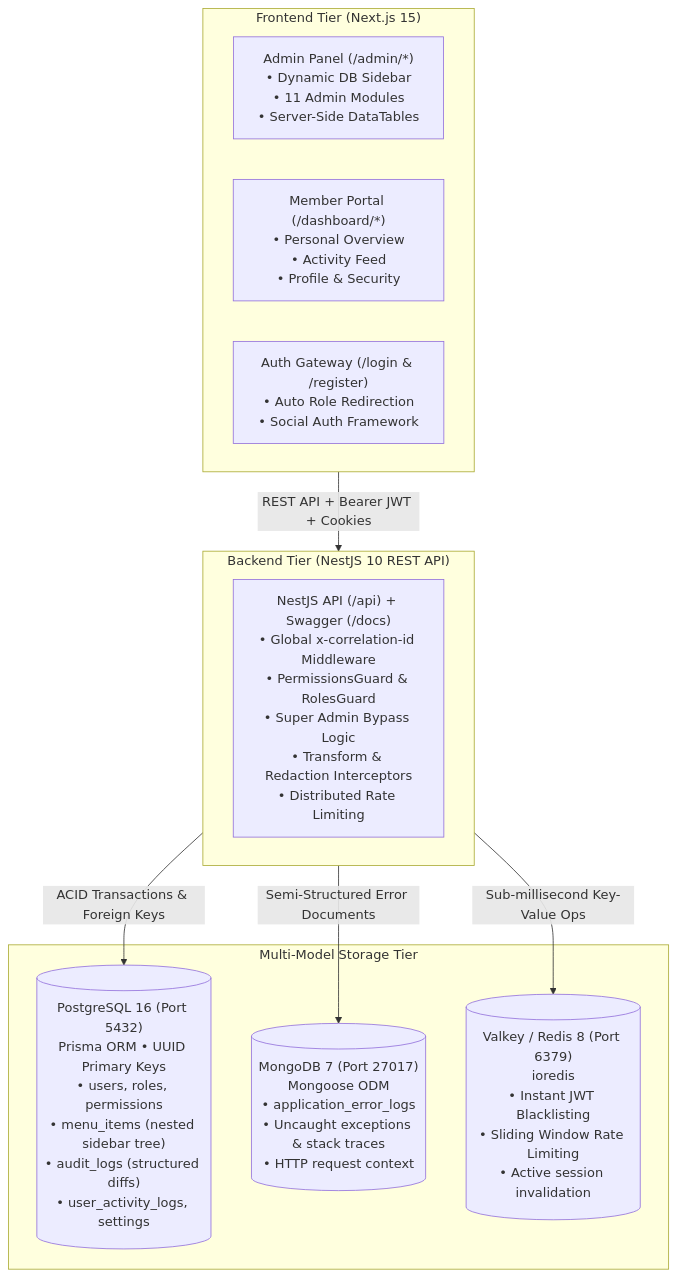
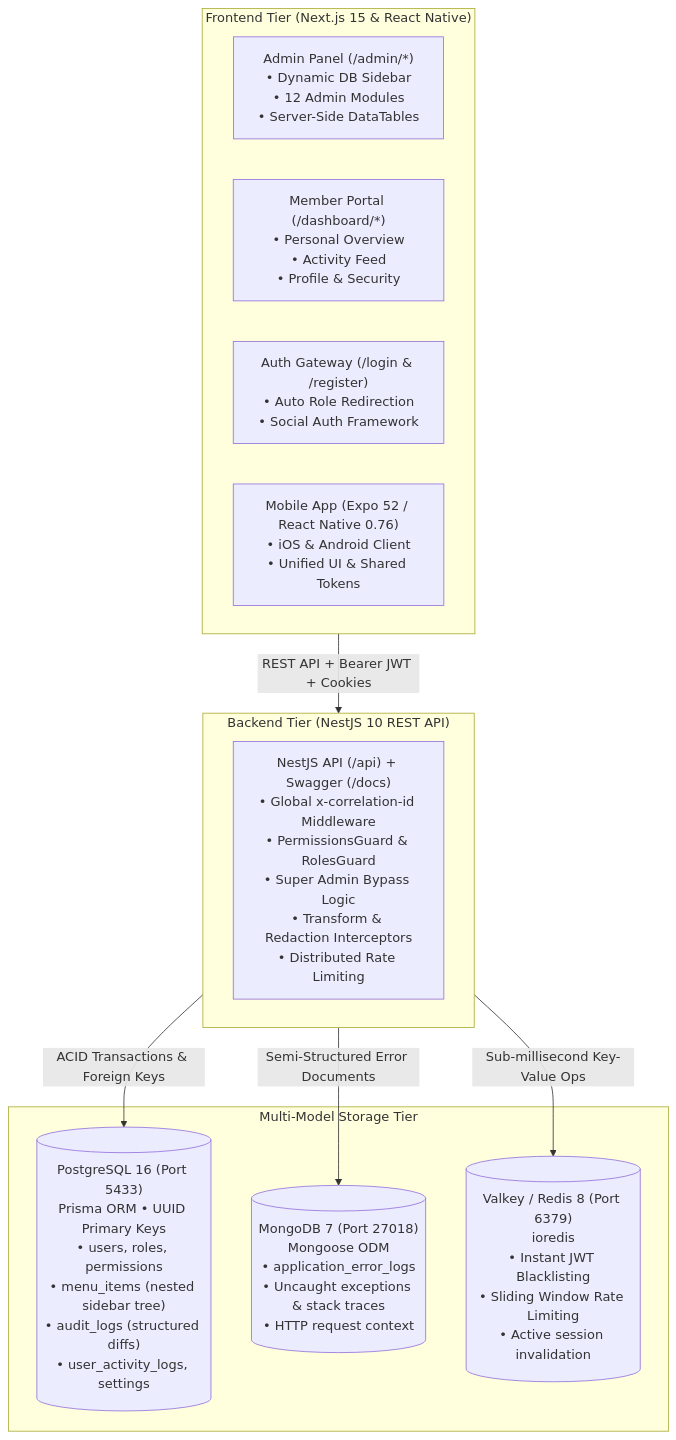
The diagram in README.md (frank-and-hub/base-setup), drawn with Mermaid before and after one commit. The commit also changed other lines of this file and 9 other files, not shown here.

````diff
--- a/README.md
+++ b/README.md
@@ -9,23 +9,24 @@
 ```mermaid
 flowchart TD
-    subgraph Client ["Frontend Tier (Next.js 15)"]
-        AdminUI["Admin Panel (/admin/*)<br/>• Dynamic DB Sidebar<br/>• 11 Admin Modules<br/>• Server-Side DataTables"]
+    subgraph Client ["Frontend Tier (Next.js 15 & React Native)"]
+        AdminUI["Admin Panel (/admin/*)<br/>• Dynamic DB Sidebar<br/>• 12 Admin Modules<br/>• Server-Side DataTables"]
         UserUI["Member Portal (/dashboard/*)<br/>• Personal Overview<br/>• Activity Feed<br/>• Profile & Security"]
         AuthUI["Auth Gateway (/login & /register)<br/>• Auto Role Redirection<br/>• Social Auth Framework"]
+        MobileApp["Mobile App (Expo 52 / React Native 0.76)<br/>• iOS & Android Client<br/>• Unified UI & Shared Tokens"]
     end
 
     subgraph Gateway ["Backend Tier (NestJS 10 REST API)"]
         NestCore["NestJS API (/api) + Swagger (/docs)<br/>• Global x-correlation-id Middleware<br/>• PermissionsGuard & RolesGuard<br/>• Super Admin Bypass Logic<br/>• Transform & Redaction Interceptors<br/>• Distributed Rate Limiting"]
     end
 
     subgraph DataTier ["Multi-Model Storage Tier"]
-        PG[("PostgreSQL 16 (Port 5432)<br/>Prisma ORM • UUID Primary Keys<br/>• users, roles, permissions<br/>• menu_items (nested sidebar tree)<br/>• audit_logs (structured diffs)<br/>• user_activity_logs, settings")]
-        Mongo[("MongoDB 7 (Port 27017)<br/>Mongoose ODM<br/>• application_error_logs<br/>• Uncaught exceptions & stack traces<br/>• HTTP request context")]
+        PG[("PostgreSQL 16 (Port 5433)<br/>Prisma ORM • UUID Primary Keys<br/>• users, roles, permissions<br/>• menu_items (nested sidebar tree)<br/>• audit_logs (structured diffs)<br/>• user_activity_logs, settings")]
+        Mongo[("MongoDB 7 (Port 27018)<br/>Mongoose ODM<br/>• application_error_logs<br/>• Uncaught exceptions & stack traces<br/>• HTTP request context")]
         Valkey[("Valkey / Redis 8 (Port 6379)<br/>ioredis<br/>• Instant JWT Blacklisting<br/>• Sliding Window Rate Limiting<br/>• Active session invalidation")]
     end
 
     Client -->|REST API + Bearer JWT + Cookies| Gateway
     Gateway -->|ACID Transactions & Foreign Keys| PG
     Gateway -->|Semi-Structured Error Documents| Mongo
     Gateway -->|Sub-millisecond Key-Value Ops| Valkey
 ```
````
